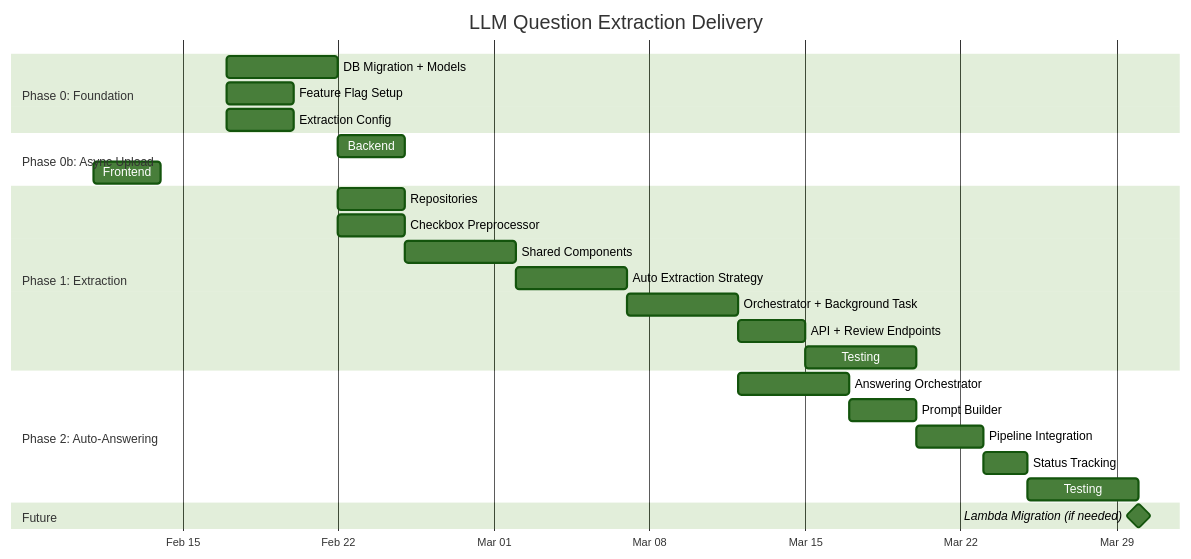
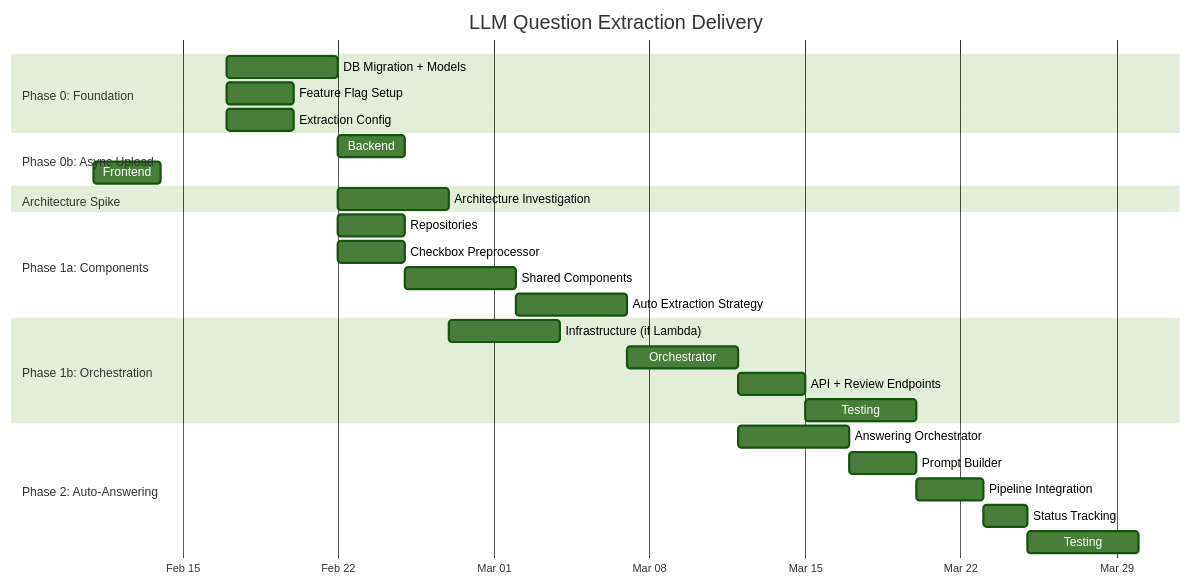
Before and after one commit to dil-pkoppany/advanced-question-extraction-poc: the second of 2 diagrams in BIG_PICTURE.md, drawn with Mermaid (forest theme). The commit also changed other lines of this file and 4 other files, not shown here.

````diff
--- a/BIG_PICTURE.md
+++ b/BIG_PICTURE.md
@@ -139,34 +175,37 @@
 ```mermaid
 gantt
     title LLM Question Extraction Delivery
     dateFormat YYYY-MM-DD
     axisFormat %b %d
 
     section Phase 0: Foundation
     DB Migration + Models           :p0_db, 2026-02-17, 5d
     Feature Flag Setup              :p0_ff, 2026-02-17, 3d
     Extraction Config               :p0_cfg, 2026-02-17, 3d
 
     section Phase 0b: Async Upload
     Backend: Async Upload           :p0b_be, after p0_ff p0_db, 3d
     Frontend: Async Upload          :p0b_fe, after p0b_be, 3d
 
-    section Phase 1: Extraction
+    section Architecture Spike
+    Architecture Investigation      :spike, after p0_db p0_cfg, 5d
+
+    section Phase 1a: Components
     Repositories                    :p1_repo, after p0_db, 3d
     Checkbox Preprocessor           :p1_cb, after p0_db, 3d
     Shared Components               :p1_shared, after p1_repo p1_cb p0_cfg, 5d
     Auto Extraction Strategy        :p1_strat, after p1_shared, 5d
-    Orchestrator + Background Task  :p1_orch, after p1_strat p0b_be, 5d
+
+    section Phase 1b: Orchestration
+    Infrastructure (if Lambda)      :p1_infra, after spike, 5d
+    Orchestrator                    :p1_orch, after p1_strat p0b_be spike, 5d
     API + Review Endpoints          :p1_api, after p1_orch, 3d
     Testing                         :p1_test, after p1_api, 5d
 
     section Phase 2: Auto-Answering
     Answering Orchestrator          :p2_ans, after p1_orch, 5d
     Prompt Builder                  :p2_prompt, after p2_ans, 3d
     Pipeline Integration            :p2_pipe, after p2_prompt, 3d
     Status Tracking                 :p2_status, after p2_pipe, 2d
     Testing                         :p2_test, after p2_status, 5d
-
-    section Future
-    Lambda Migration (if needed)    :milestone, after p2_test, 0d
 ```
````
